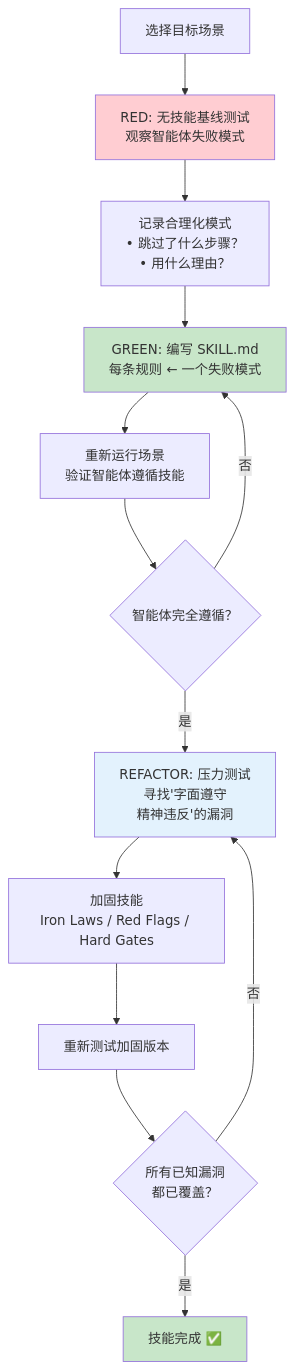
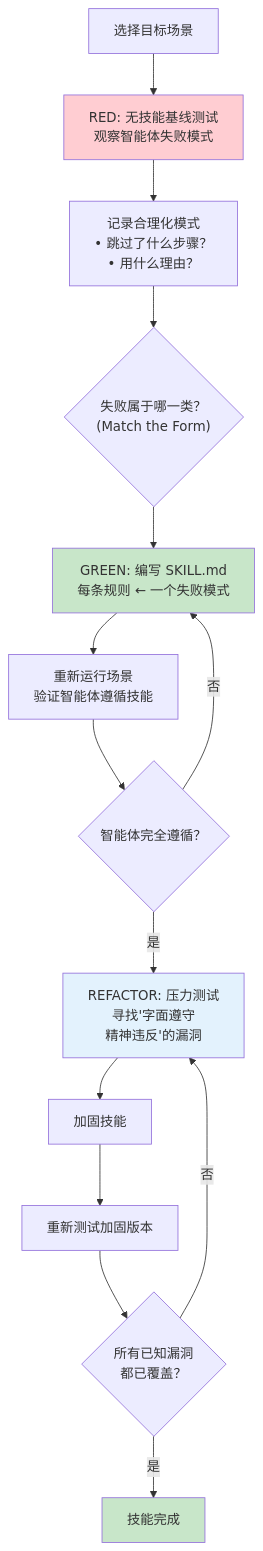
The first of 2 diagrams in docs/zh/09-writing-skills.md (yongnianliu/superpowers), drawn with Mermaid before and after one commit. The commit also changed other lines of this file and 12 other files, not shown here.

````diff
--- a/docs/zh/09-writing-skills.md
+++ b/docs/zh/09-writing-skills.md
@@ -38,20 +38,21 @@
 ```mermaid
 flowchart TD
     START["选择目标场景"] --> RED["RED: 无技能基线测试<br/>观察智能体失败模式"]
     RED --> RECORD["记录合理化模式<br/>• 跳过了什么步骤？<br/>• 用什么理由？"]
-    RECORD --> GREEN["GREEN: 编写 SKILL.md<br/>每条规则 ← 一个失败模式"]
+    RECORD --> FORM{"失败属于哪一类？<br/>(Match the Form)"}
+    FORM --> GREEN["GREEN: 编写 SKILL.md<br/>每条规则 ← 一个失败模式"]
     GREEN --> VERIFY["重新运行场景<br/>验证智能体遵循技能"]
     VERIFY --> CHECK{"智能体完全遵循？"}
     CHECK -->|"是"| REFACTOR["REFACTOR: 压力测试<br/>寻找'字面遵守<br/>精神违反'的漏洞"]
     CHECK -->|"否"| GREEN
-    REFACTOR --> HARDEN["加固技能<br/>Iron Laws / Red Flags / Hard Gates"]
+    REFACTOR --> HARDEN["加固技能"]
     HARDEN --> RETEST["重新测试加固版本"]
     RETEST --> DONE{"所有已知漏洞<br/>都已覆盖？"}
     DONE -->|"否"| REFACTOR
-    DONE -->|"是"| COMPLETE["技能完成 ✅"]
+    DONE -->|"是"| COMPLETE["技能完成"]
 
     style RED fill:#FFCDD2
     style GREEN fill:#C8E6C9
     style REFACTOR fill:#E3F2FD
     style COMPLETE fill:#C8E6C9
 ```
````
